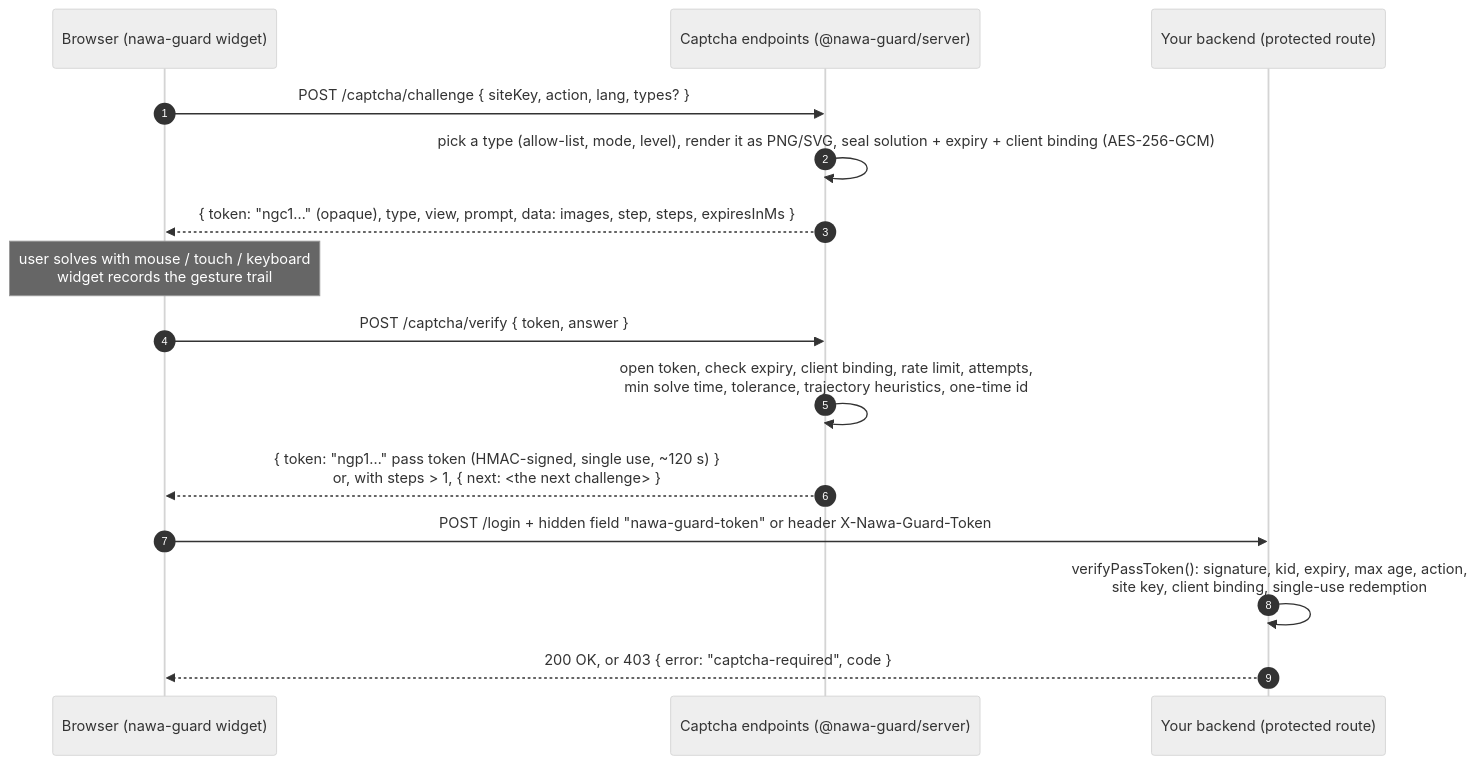
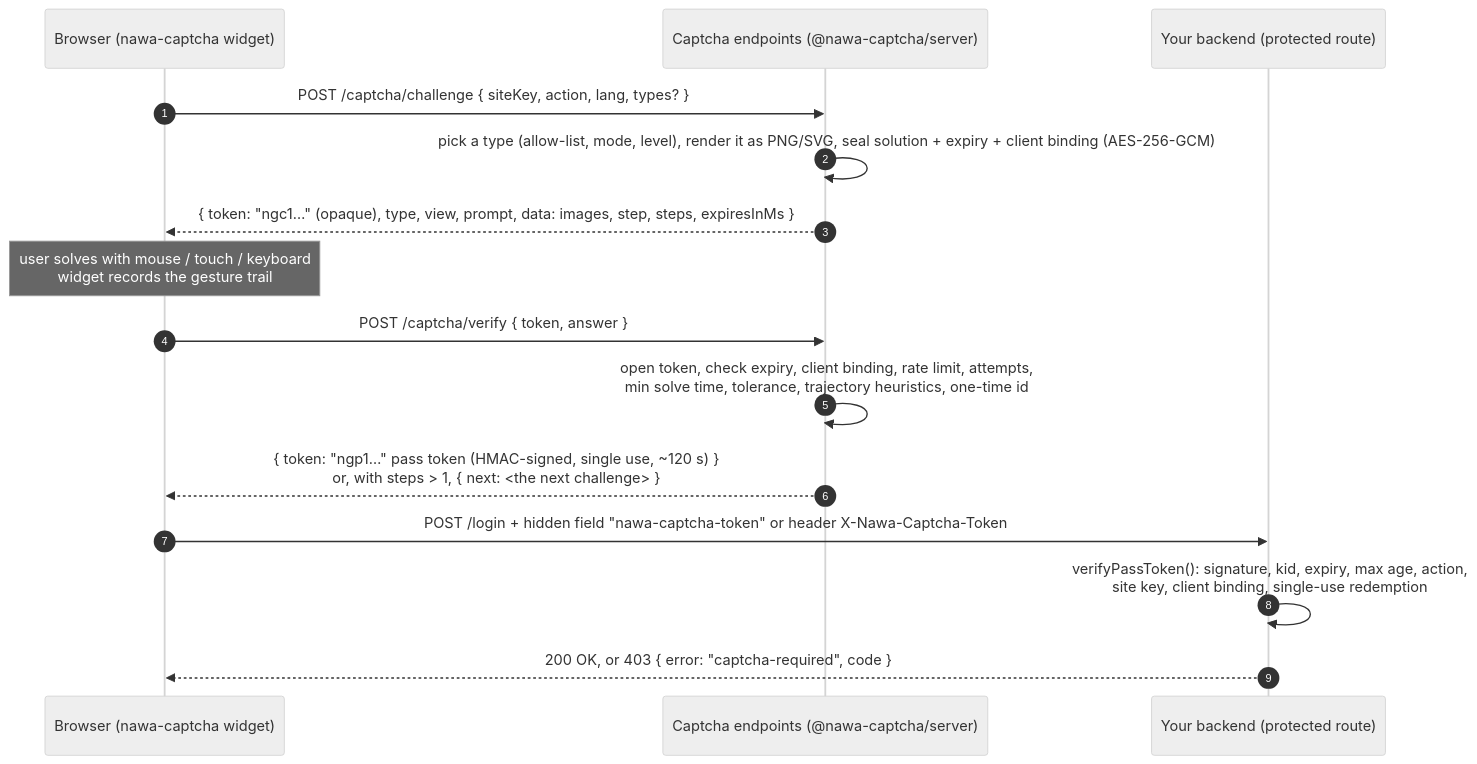
One commit to oriebalzyuot96/nawa-captcha changed the diagram in README.md. Above: the diagram before and after it, drawn with Mermaid (neutral theme). The commit also changed other lines of this file and 81 other files, not shown here.

````diff
--- a/README.md
+++ b/README.md
@@ -170,17 +194,17 @@
 ```mermaid
 sequenceDiagram
     autonumber
-    participant B as Browser (nawa-guard widget)
-    participant C as Captcha endpoints (@nawa-guard/server)
+    participant B as Browser (nawa-captcha widget)
+    participant C as Captcha endpoints (@nawa-captcha/server)
     participant A as Your backend (protected route)
     B->>C: POST /captcha/challenge { siteKey, action, lang, types? }
     C->>C: pick a type (allow-list, mode, level), render it as PNG/SVG, seal solution + expiry + client binding (AES-256-GCM)
     C-->>B: { token: "ngc1…" (opaque), type, view, prompt, data: images, step, steps, expiresInMs }
     Note over B: user solves with mouse / touch / keyboard<br/>widget records the gesture trail
     B->>C: POST /captcha/verify { token, answer }
     C->>C: open token, check expiry, client binding, rate limit, attempts,<br/>min solve time, tolerance, trajectory heuristics, one-time id
     C-->>B: { token: "ngp1…" pass token (HMAC-signed, single use, ~120 s) }<br/>or, with steps > 1, { next: <the next challenge> }
-    B->>A: POST /login + hidden field "nawa-guard-token" or header X-Nawa-Guard-Token
+    B->>A: POST /login + hidden field "nawa-captcha-token" or header X-Nawa-Captcha-Token
     A->>A: verifyPassToken(): signature, kid, expiry, max age, action,<br/>site key, client binding, single-use redemption
     A-->>B: 200 OK, or 403 { error: "captcha-required", code }
 ```
````
